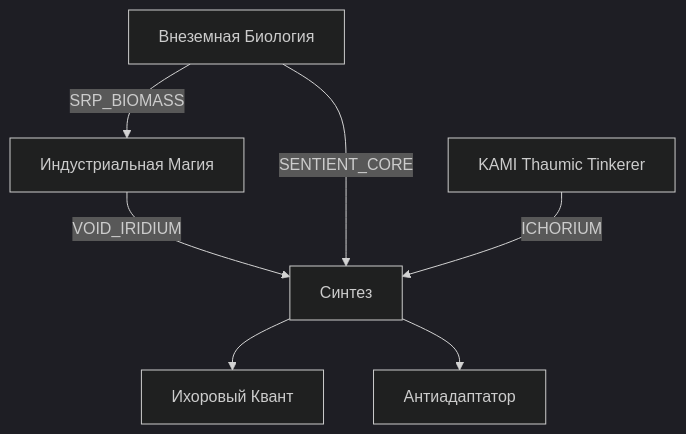
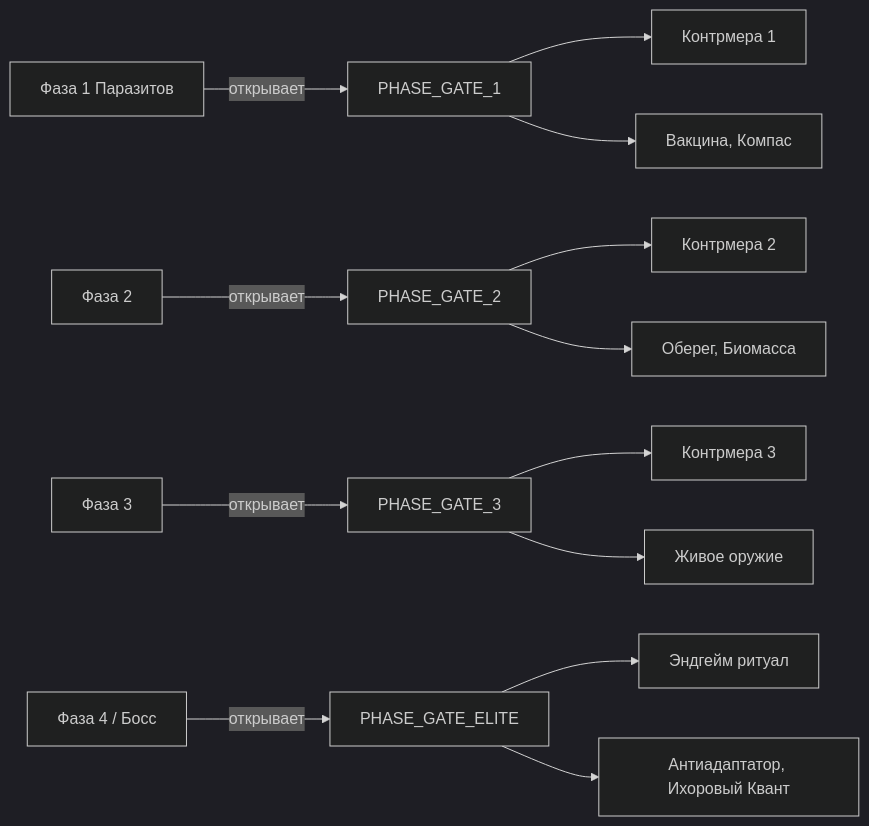
The diagram in docs/integration/research_tree.md (Atom-gnomov/Thaumcraft-4-port-to-1.12.2), drawn with Mermaid (dark theme) before and after one commit. The commit also changed other lines of this file, not shown here.

Commit message:
docs: research tree v2 - lore nodes, bestiary by type, phase gates

````diff
--- a/docs/integration/research_tree.md
+++ b/docs/integration/research_tree.md
@@ -90,10 +166,18 @@
 ```mermaid
-graph TD
-    IC2[Индустриальная Магия] -->|VOID_IRIDIUM| SYN[Синтез]
-    SRP[Внеземная Биология] -->|SENTIENT_CORE| SYN
-    SRP -->|SRP_BIOMASS| IC2
-    KAMI[KAMI Thaumic Tinkerer] -->|ICHORIUM| SYN
+graph LR
+    P1[Фаза 1 Паразитов] -->|открывает| G1[PHASE_GATE_1]
+    G1 --> C1[Контрмера 1]
+    G1 --> R1[Вакцина, Компас]
+    
+    P2[Фаза 2] -->|открывает| G2[PHASE_GATE_2]
+    G2 --> C2[Контрмера 2]
+    G2 --> R2[Оберег, Биомасса]
 
-    SYN --> ARMOR_IQ[Ихоровый Квант]
-    SYN --> ANTI_ADAPT[Антиадаптатор]
+    P3[Фаза 3] -->|открывает| G3[PHASE_GATE_3]
+    G3 --> C3[Контрмера 3]
+    G3 --> R3[Живое оружие]
+
+    P4[Фаза 4 / Босс] -->|открывает| G4[PHASE_GATE_ELITE]
+    G4 --> C4[Эндгейм ритуал]
+    G4 --> R4[Антиадаптатор, Ихоровый Квант]
 ```
````
